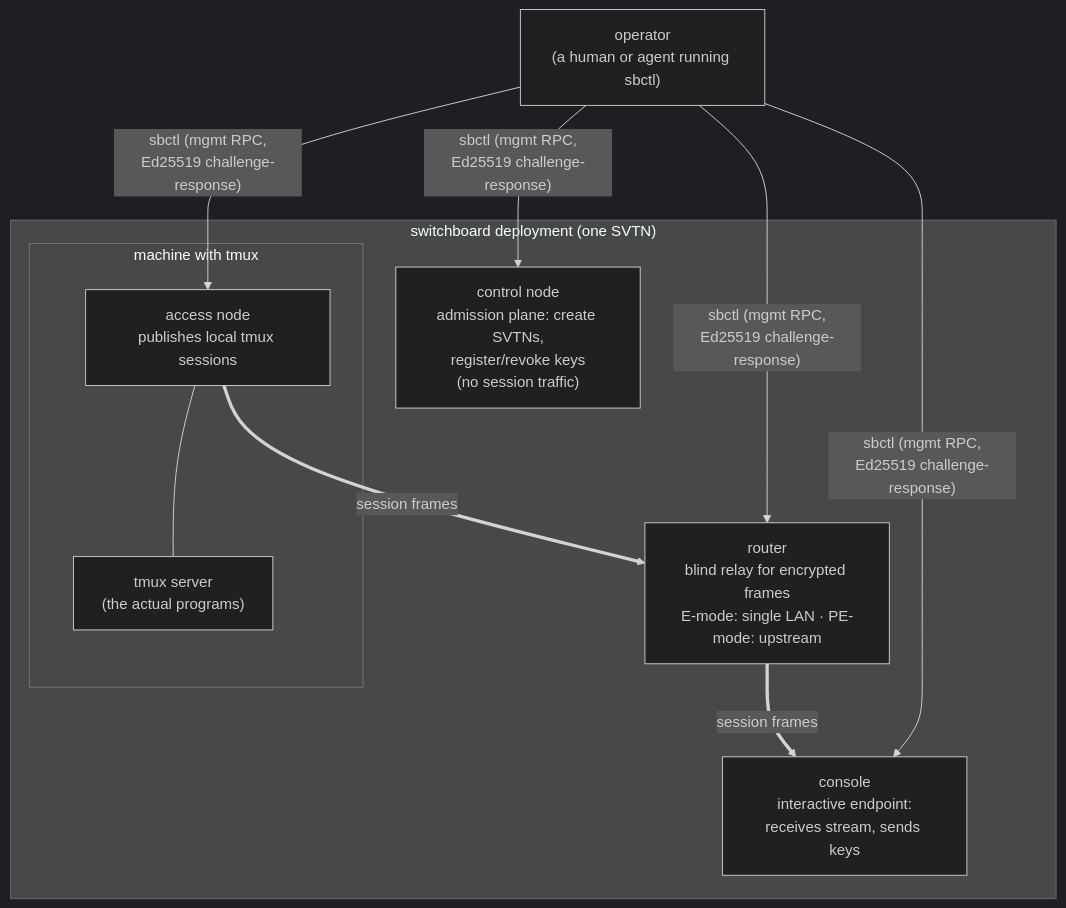
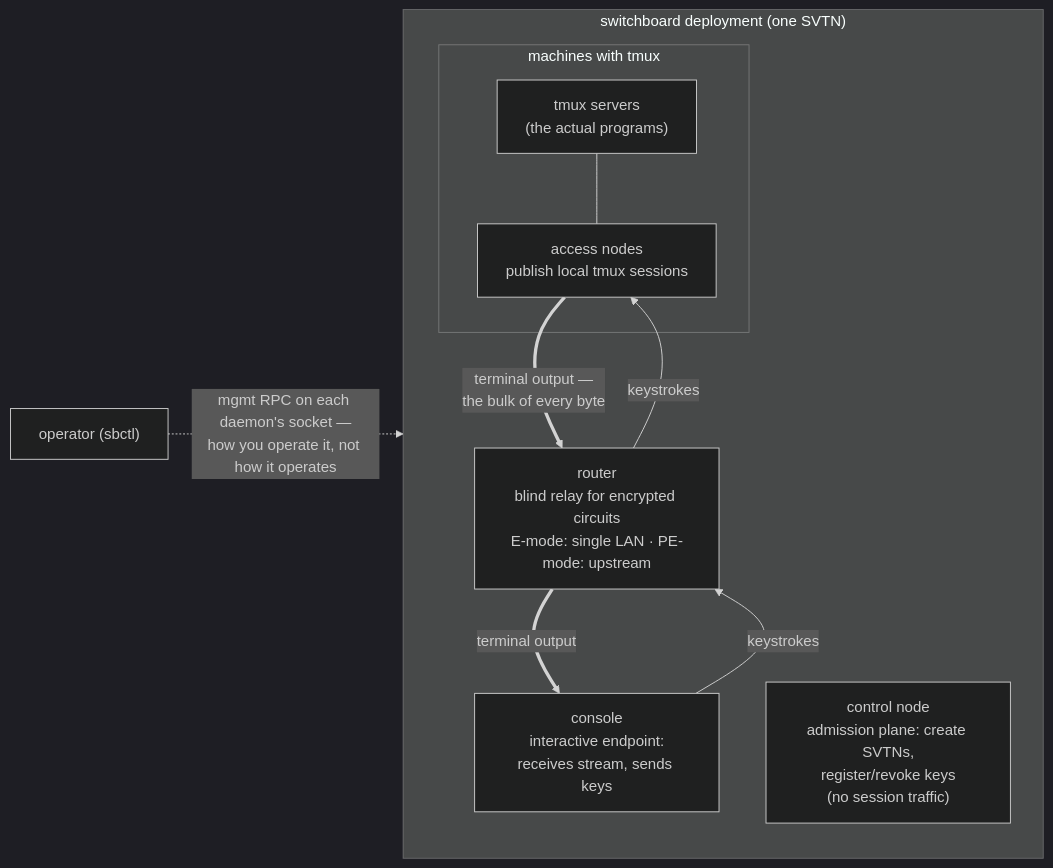
The diagram in examples/README.md (ArcavenAE/switchboard-blue), drawn with Mermaid (dark theme) before and after one commit. The commit also changed other lines of this file and 9 other files, not shown here.

````diff
--- a/examples/README.md
+++ b/examples/README.md
@@ -52,19 +52,17 @@
 ```mermaid
-graph TB
-    OP["operator<br/>(a human or agent running sbctl)"]
-
+graph LR
     subgraph plane["switchboard deployment (one SVTN)"]
+        subgraph host["machines with tmux"]
+            TM["tmux servers<br/>(the actual programs)"]
+            AN["access nodes<br/>publish local tmux sessions"]
+            TM --- AN
+        end
+        R["router<br/>blind relay for encrypted circuits<br/>E-mode: single LAN · PE-mode: upstream"]
+        CN["console<br/>interactive endpoint:<br/>receives stream, sends keys"]
         CT["control node<br/>admission plane: create SVTNs,<br/>register/revoke keys<br/>(no session traffic)"]
-        R["router<br/>blind relay for encrypted frames<br/>E-mode: single LAN · PE-mode: upstream"]
-        subgraph host["machine with tmux"]
-            AN["access node<br/>publishes local tmux sessions"]
-            TM["tmux server<br/>(the actual programs)"]
-            AN --- TM
-        end
-        CN["console<br/>interactive endpoint:<br/>receives stream, sends keys"]
     end
 
-    OP -- "sbctl (mgmt RPC,<br/>Ed25519 challenge-response)" --> CT & R & AN & CN
-    AN == "session frames" ==> R
-    R == "session frames" ==> CN
+    AN == "terminal output —<br/>the bulk of every byte" ==> R == "terminal output" ==> CN
+    CN -- "keystrokes" --> R -- "keystrokes" --> AN
+    OP["operator (sbctl)"] -. "mgmt RPC on each daemon's socket —<br/>how you operate it, not how it operates" .-> plane
 ```
````
